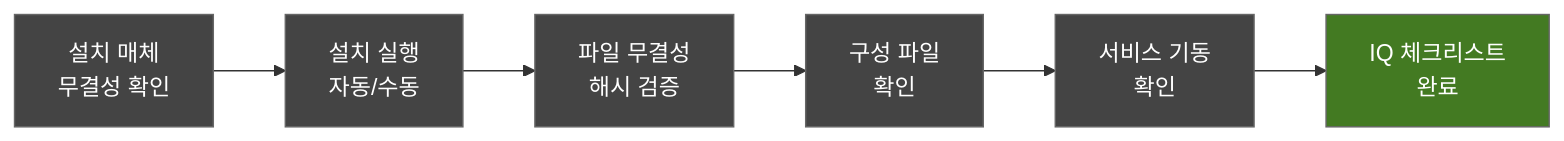
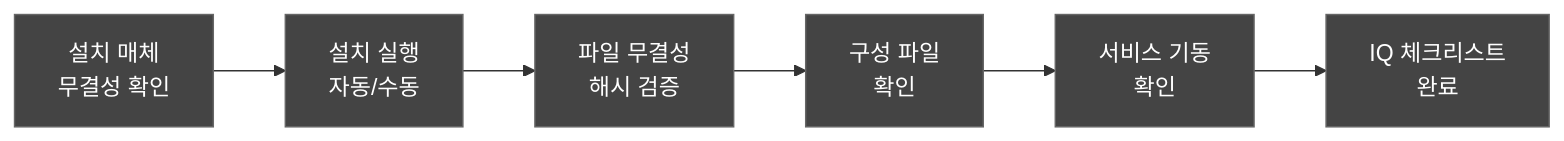
Before and after one commit to holee9/console-gui: the fifth of 8 diagrams in docs/verification/DOC-015_ValidationPlan_v1.0.md, drawn with Mermaid. The commit also changed other lines of this file and 35 other files, not shown here.

First line of the commit message:
fix: 전체 Mermaid 차트 색상 진한 회색 통일

````diff
--- a/docs/verification/DOC-015_ValidationPlan_v1.0.md
+++ b/docs/verification/DOC-015_ValidationPlan_v1.0.md
@@ -235,11 +235,11 @@
 ```mermaid
 flowchart LR
     classDef default fill:#444,stroke:#666,color:#fff
     A[설치 매체<br/>무결성 확인] --> B[설치 실행<br/>자동/수동]
     B --> C[파일 무결성<br/>해시 검증]
     C --> D[구성 파일<br/>확인]
     D --> E[서비스 기동<br/>확인]
     E --> F[IQ 체크리스트<br/>완료]
     
-    style F fill:#437A22,color:#fff
+    style F fill:#444,color:#fff
 ```
````
